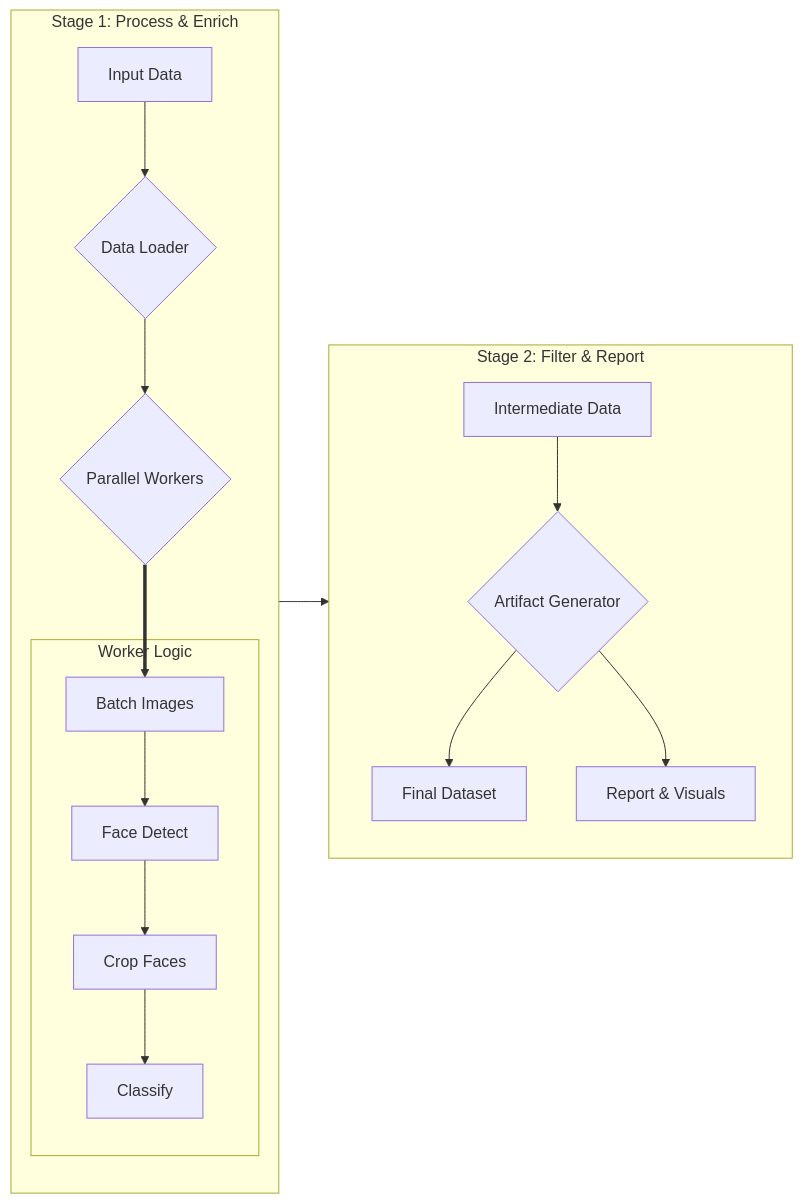
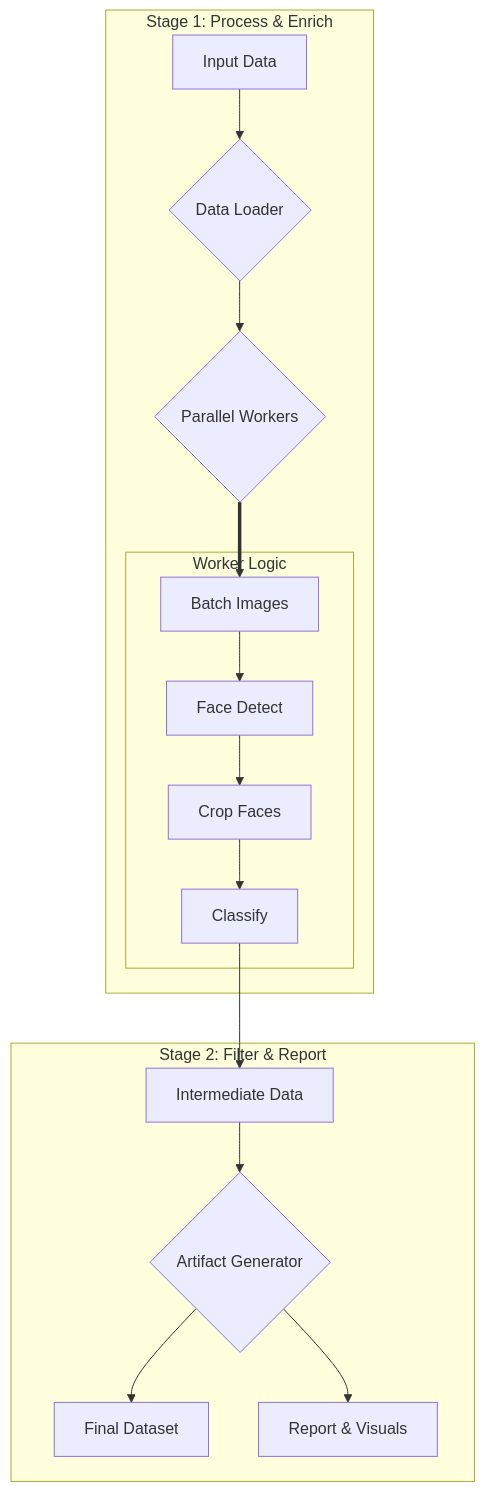
One commit to Alpha-W0lf/eyeglass_finder changed the diagram in README.md. Above: the diagram before and after it, drawn with Mermaid.

Commit message:
fix(docs): correct mermaid diagram syntax in README
Removes the invalid `direction` attribute from within the subgraphs and sets the overall graph direction to `TD`. This resolves a parsing error that prevented the diagram from rendering on GitHub.

````diff
--- a/README.md
+++ b/README.md
@@ -30,23 +30,21 @@
 ```mermaid
-graph LR
+graph TD
     subgraph "Stage 1: Process & Enrich"
-        direction TD
         A[Input Data] --> B{Data Loader};
         B --> C{Parallel Workers};
         
         subgraph "Worker Logic"
             D[Batch Images] --> E[Face Detect] --> F[Crop Faces] --> G[Classify];
         end
 
         C ==> D;
     end
 
     subgraph "Stage 2: Filter & Report"
-        direction TD
         I[Intermediate Data] --> J{Artifact Generator};
         J --> K[Final Dataset];
         J --> L[Report & Visuals];
     end
 
     G --> I;
 ```
````
